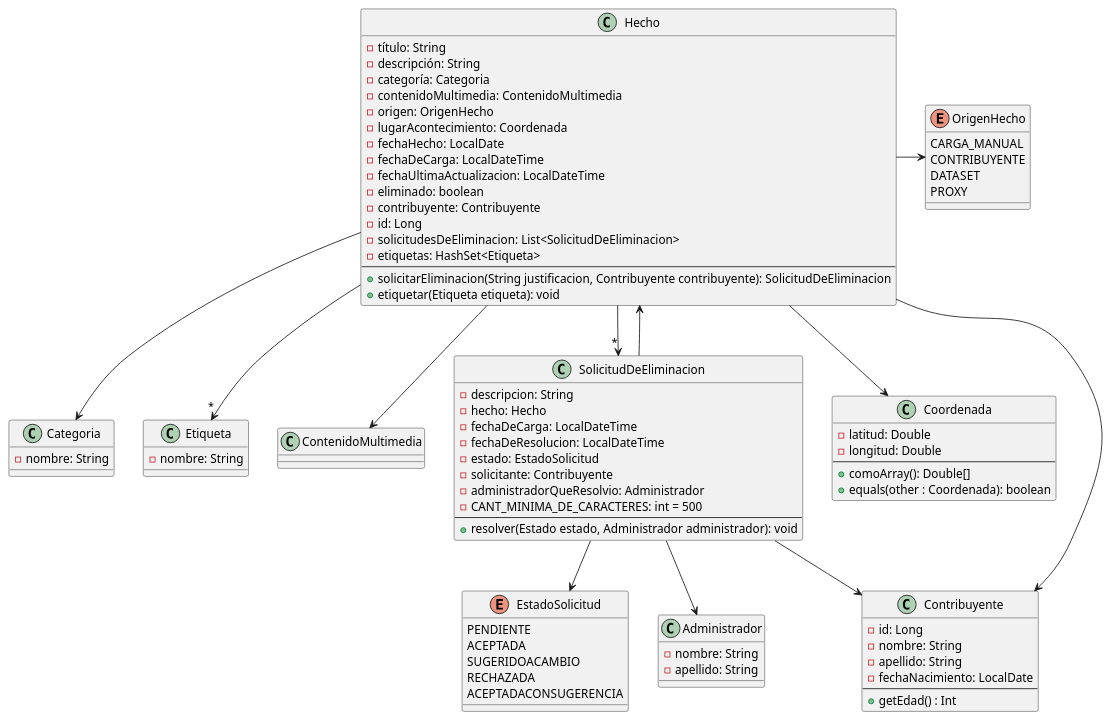
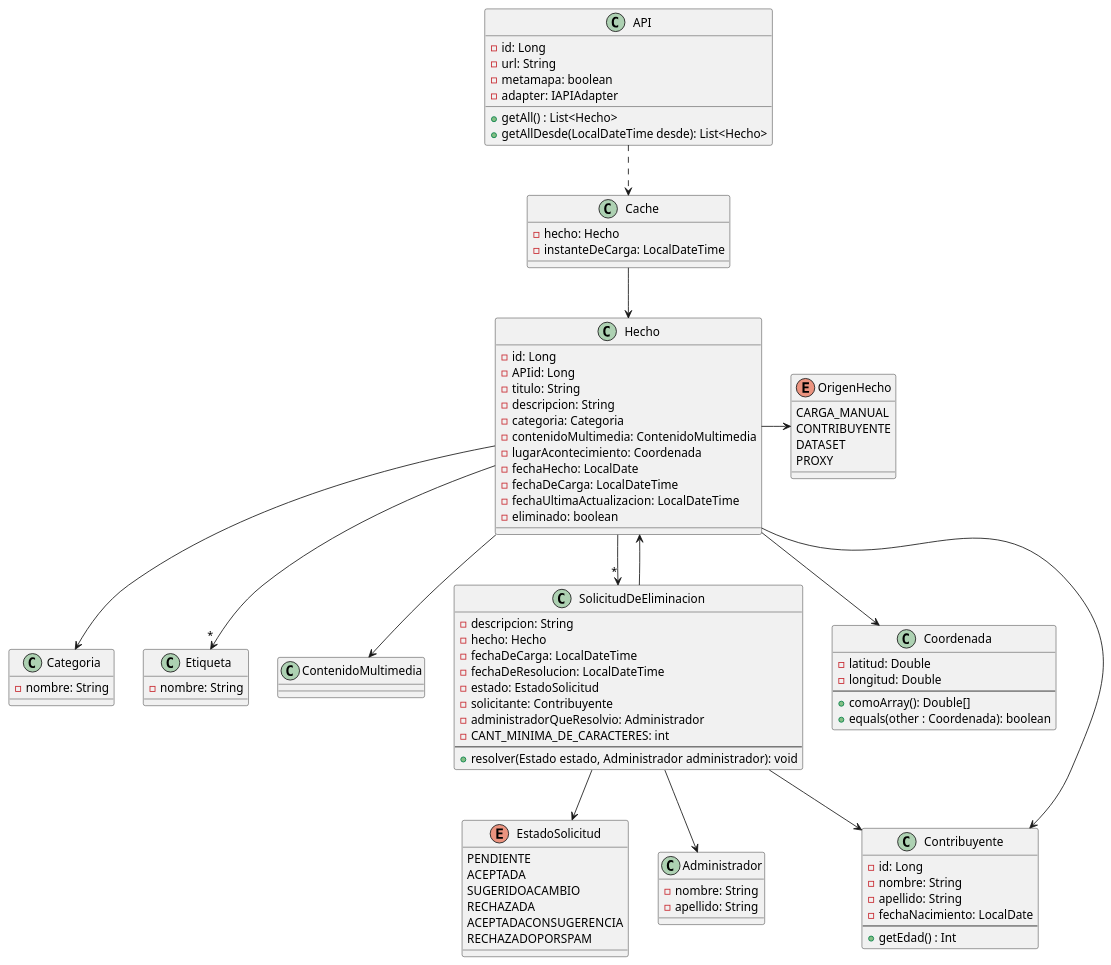
The diagram in fuente-proxy/ddcFuenteProxy.puml (faustorod1/MetaMapa), drawn with PlantUML before and after one commit. The commit also changed 34 other files, not shown here.

```diff
--- a/fuente-proxy/ddcFuenteProxy.puml
+++ b/fuente-proxy/ddcFuenteProxy.puml
@@ -1,99 +1,111 @@
 @startuml
 
 class Hecho{
-- título: String
-- descripción: String
-- categoría: Categoria
+- id: Long
+- APIid: Long
+- titulo: String
+- descripcion: String
+- categoria: Categoria
 - contenidoMultimedia: ContenidoMultimedia
-- origen: OrigenHecho
 - lugarAcontecimiento: Coordenada
 - fechaHecho: LocalDate
 - fechaDeCarga: LocalDateTime
 - fechaUltimaActualizacion: LocalDateTime
 - eliminado: boolean
-- contribuyente: Contribuyente
-- id: Long
-- solicitudesDeEliminacion: List<SolicitudDeEliminacion>
-- etiquetas: HashSet<Etiqueta>
---
-+ solicitarEliminacion(String justificacion, Contribuyente contribuyente): SolicitudDeEliminacion
-+ etiquetar(Etiqueta etiqueta): void
 }
 
 enum OrigenHecho{
 CARGA_MANUAL
 CONTRIBUYENTE
 DATASET
 PROXY
 }
 
 class Categoria{
 - nombre: String
 }
 
 class Etiqueta{
 - nombre: String
 }
 
 class ContenidoMultimedia{
 }
 
 class SolicitudDeEliminacion{
 - descripcion: String
 - hecho: Hecho
 - fechaDeCarga: LocalDateTime
 - fechaDeResolucion: LocalDateTime
 - estado: EstadoSolicitud
 - solicitante: Contribuyente
 - administradorQueResolvio: Administrador
-- CANT_MINIMA_DE_CARACTERES: int = 500
+- CANT_MINIMA_DE_CARACTERES: int
 --
 + resolver(Estado estado, Administrador administrador): void
 }
 
 enum EstadoSolicitud {
     PENDIENTE
     ACEPTADA
     SUGERIDOACAMBIO
     RECHAZADA
     ACEPTADACONSUGERENCIA
+    RECHAZADOPORSPAM
 }
 
 
 class Coordenada{
 - latitud: Double
 - longitud: Double
 --
 + comoArray(): Double[]
 + equals(other : Coordenada): boolean
 }
 
 class Administrador{
 - nombre: String
 - apellido: String
 }
 
 class Contribuyente{
 - id: Long
 - nombre: String
 - apellido: String
 - fechaNacimiento: LocalDate
 --
 + getEdad() : Int
 }
 
+class API{
+-  id: Long
+- url: String
+- metamapa: boolean
+- adapter: IAPIAdapter
+
++ getAll() : List<Hecho>
++ getAllDesde(LocalDateTime desde): List<Hecho>
+}
+
+class Cache {
+  - hecho: Hecho
+  - instanteDeCarga: LocalDateTime
+  }
 
 Hecho --> Categoria
 Hecho --> Coordenada
 Hecho -->"*" SolicitudDeEliminacion
 Hecho --> ContenidoMultimedia
 Hecho -r-> OrigenHecho
 Hecho -->"*" Etiqueta
 Hecho --> Contribuyente
 
+Cache --> Hecho
+API ..> Cache
+
 SolicitudDeEliminacion --> Hecho
 SolicitudDeEliminacion -d-> EstadoSolicitud
 SolicitudDeEliminacion --> Contribuyente
 SolicitudDeEliminacion --> Administrador
 
 @enduml
```
